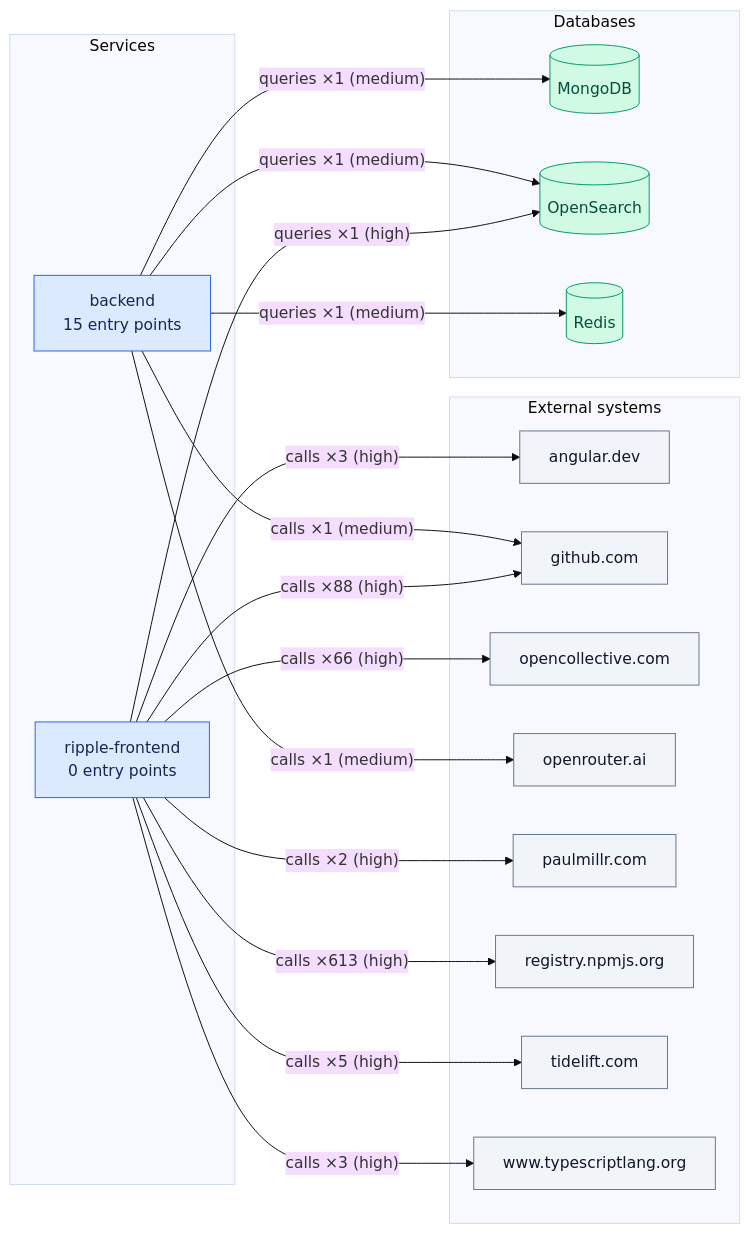
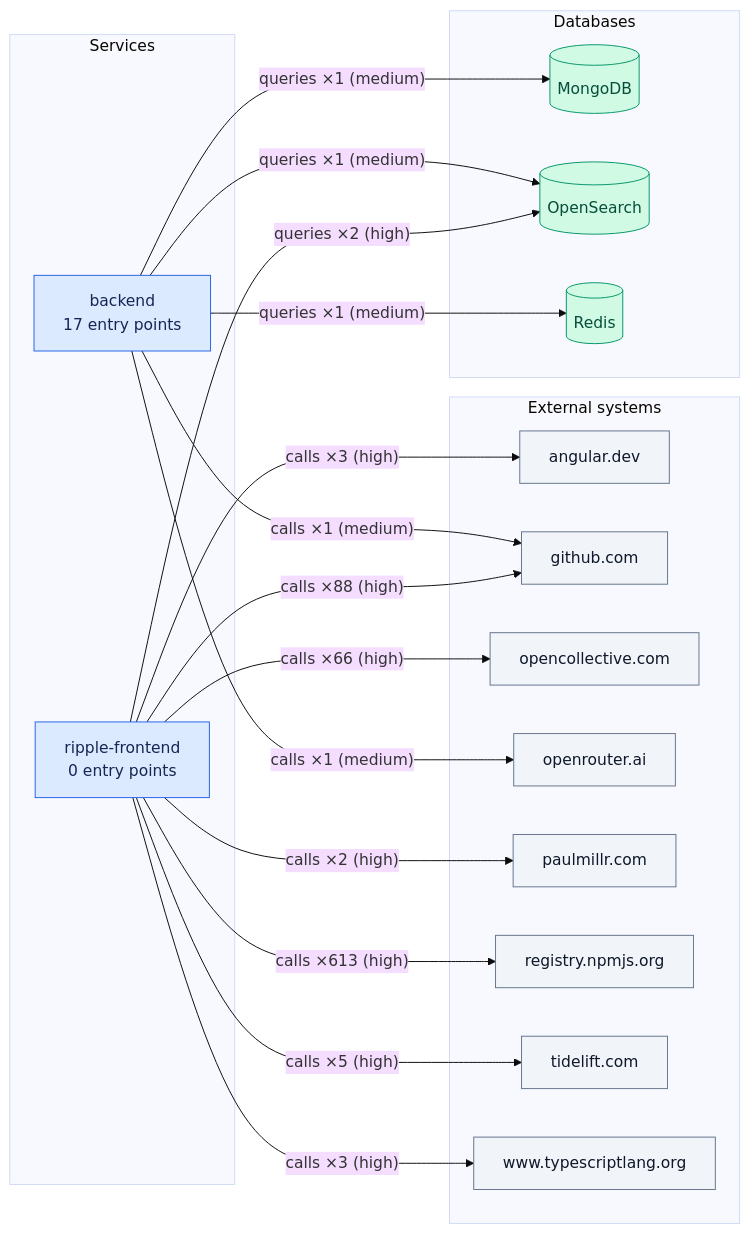
One commit to mahreenaisha/ripple changed the diagram in snapshots/ripple/architecture.mmd. Above: the diagram before and after it, drawn with Mermaid (base theme). The commit also changed 22 other files, not shown here.

```diff
--- a/snapshots/ripple/architecture.mmd
+++ b/snapshots/ripple/architecture.mmd
@@ -1,50 +1,50 @@
 flowchart LR
   subgraph service [Services]
-    node1["backend<br/>15 entry points"]
+    node1["backend<br/>17 entry points"]
     node10["ripple-frontend<br/>0 entry points"]
   end
   subgraph database [Databases]
     node3[("MongoDB")]
     node6[("OpenSearch")]
     node8[("Redis")]
   end
   subgraph externalapi [External systems]
     node0["angular.dev"]
     node2["github.com"]
     node4["opencollective.com"]
     node5["openrouter.ai"]
     node7["paulmillr.com"]
     node9["registry.npmjs.org"]
     node11["tidelift.com"]
     node12["www.typescriptlang.org"]
   end
   node1 -->|"calls ×1 (medium)"| node2
   node1 -->|"queries ×1 (medium)"| node3
   node1 -->|"calls ×1 (medium)"| node5
   node1 -->|"queries ×1 (medium)"| node6
   node1 -->|"queries ×1 (medium)"| node8
   node10 -->|"calls ×3 (high)"| node0
   node10 -->|"calls ×88 (high)"| node2
   node10 -->|"calls ×66 (high)"| node4
-  node10 -->|"queries ×1 (high)"| node6
+  node10 -->|"queries ×2 (high)"| node6
   node10 -->|"calls ×2 (high)"| node7
   node10 -->|"calls ×613 (high)"| node9
   node10 -->|"calls ×5 (high)"| node11
   node10 -->|"calls ×3 (high)"| node12
   classDef service fill:#dbeafe,stroke:#2563eb,color:#172554
   classDef database fill:#d1fae5,stroke:#059669,color:#064e3b
   classDef external fill:#f1f5f9,stroke:#64748b,color:#0f172a
   classDef danger fill:#fecaca,stroke:#dc2626,color:#7f1d1d,stroke-width:3px
   class node0 external
   class node1 service
   class node2 external
   class node3 database
   class node4 external
   class node5 external
   class node6 database
   class node7 external
   class node8 database
   class node9 external
   class node10 service
   class node11 external
   class node12 external
```
